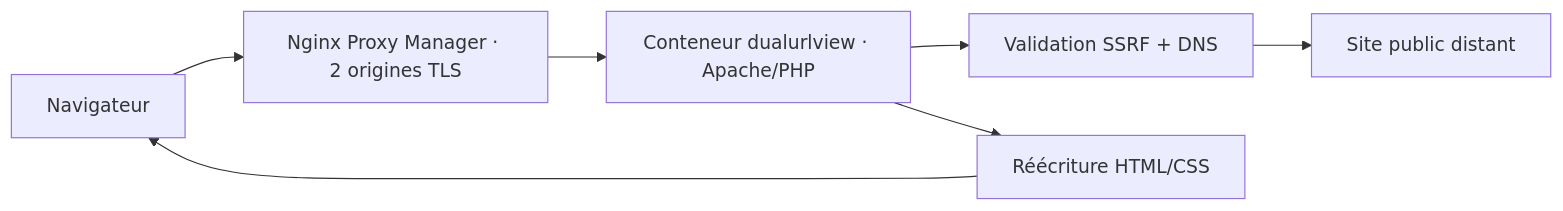
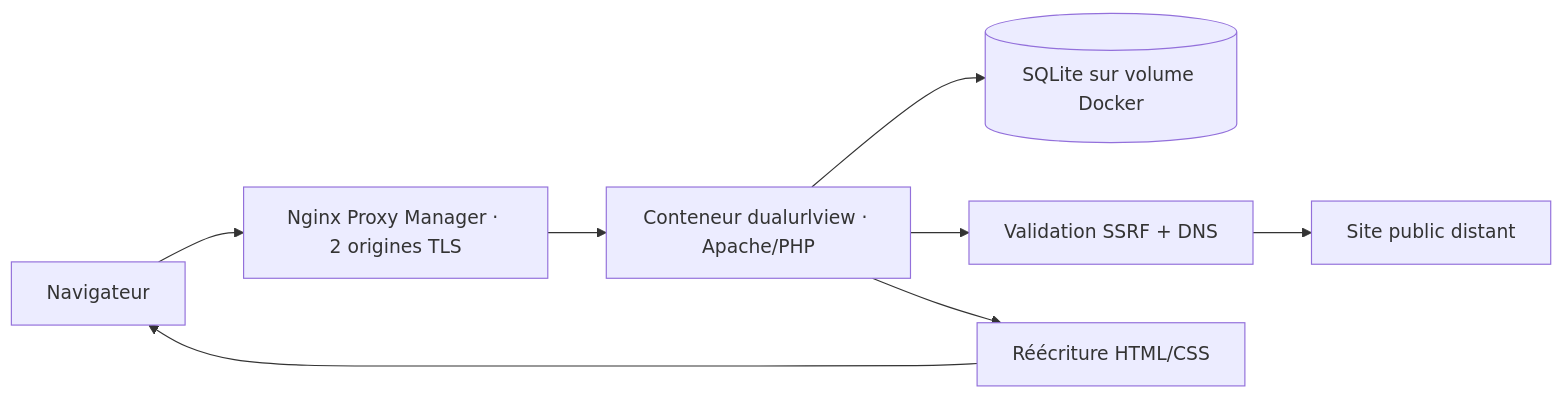
One commit to TheLibertyWolf/dualviewurl changed the diagram in docs/ARCHITECTURE.md. Above: the diagram before and after it, drawn with Mermaid. The commit also changed other lines of this file and 27 other files, not shown here.

````diff
--- a/docs/ARCHITECTURE.md
+++ b/docs/ARCHITECTURE.md
@@ -5,9 +5,10 @@
 ```mermaid
 flowchart LR
     B[Navigateur] --> N[Nginx Proxy Manager · 2 origines TLS]
     N --> A[Conteneur dualurlview · Apache/PHP]
+    A --> D[(SQLite sur volume Docker)]
     A --> G[Validation SSRF + DNS]
     G --> W[Site public distant]
     A --> R[Réécriture HTML/CSS]
     R --> B
 ```
````
